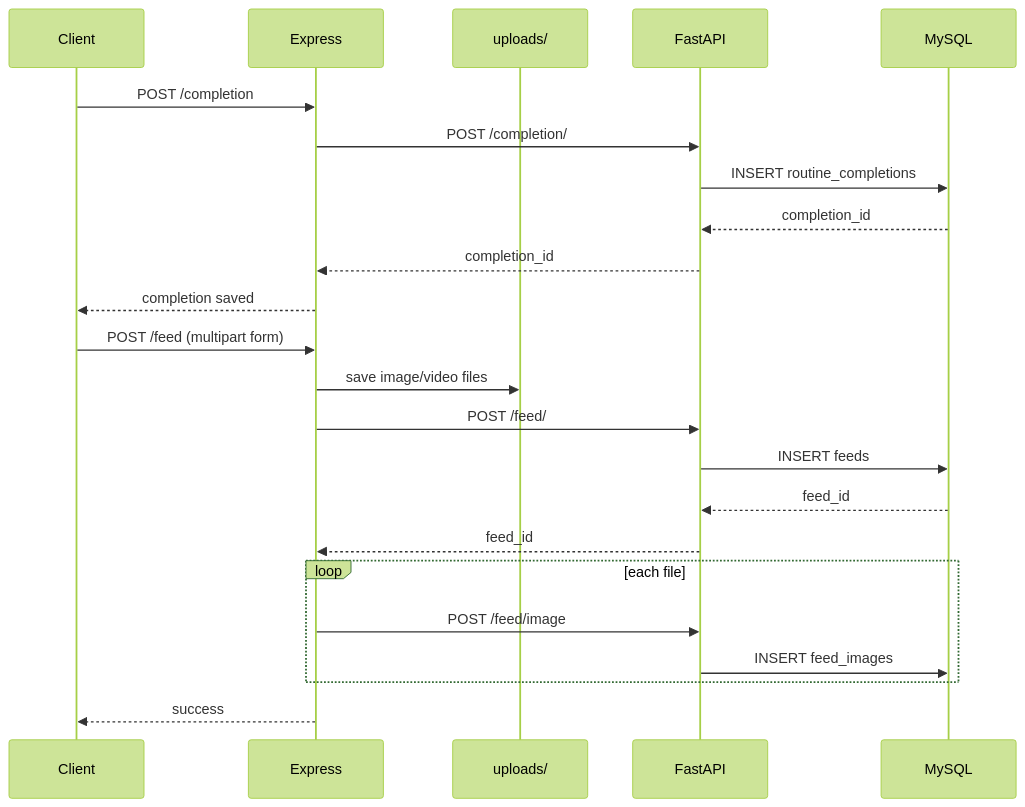
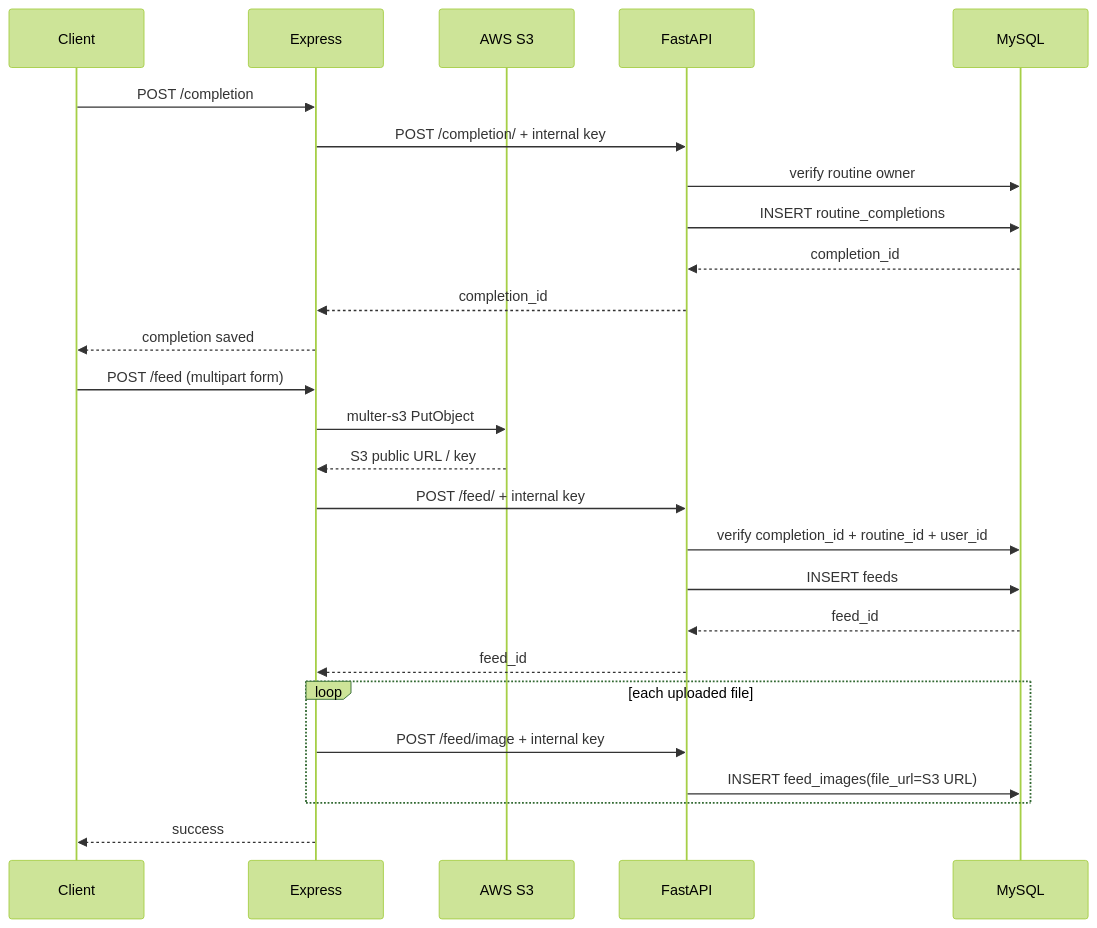
One commit to junseoja/capston changed diagram 11 of 16 in docs/architecture-overview.md. Above: the diagram before and after it, drawn with Mermaid (forest theme). The commit also changed other lines of this file and 20 other files, not shown here.

````diff
--- a/docs/architecture-overview.md
+++ b/docs/architecture-overview.md
@@ -291,27 +398,30 @@
 ```mermaid
 sequenceDiagram
     participant C as Client
     participant E as Express
-    participant FS as uploads/
+    participant S as AWS S3
     participant F as FastAPI
     participant D as MySQL
 
     C->>E: POST /completion
-    E->>F: POST /completion/
+    E->>F: POST /completion/ + internal key
+    F->>D: verify routine owner
     F->>D: INSERT routine_completions
     D-->>F: completion_id
     F-->>E: completion_id
     E-->>C: completion saved
 
     C->>E: POST /feed (multipart form)
-    E->>FS: save image/video files
-    E->>F: POST /feed/
+    E->>S: multer-s3 PutObject
+    S-->>E: S3 public URL / key
+    E->>F: POST /feed/ + internal key
+    F->>D: verify completion_id + routine_id + user_id
     F->>D: INSERT feeds
     D-->>F: feed_id
     F-->>E: feed_id
-    loop each file
-        E->>F: POST /feed/image
-        F->>D: INSERT feed_images
+    loop each uploaded file
+        E->>F: POST /feed/image + internal key
+        F->>D: INSERT feed_images(file_url=S3 URL)
     end
     E-->>C: success
 ```
````
